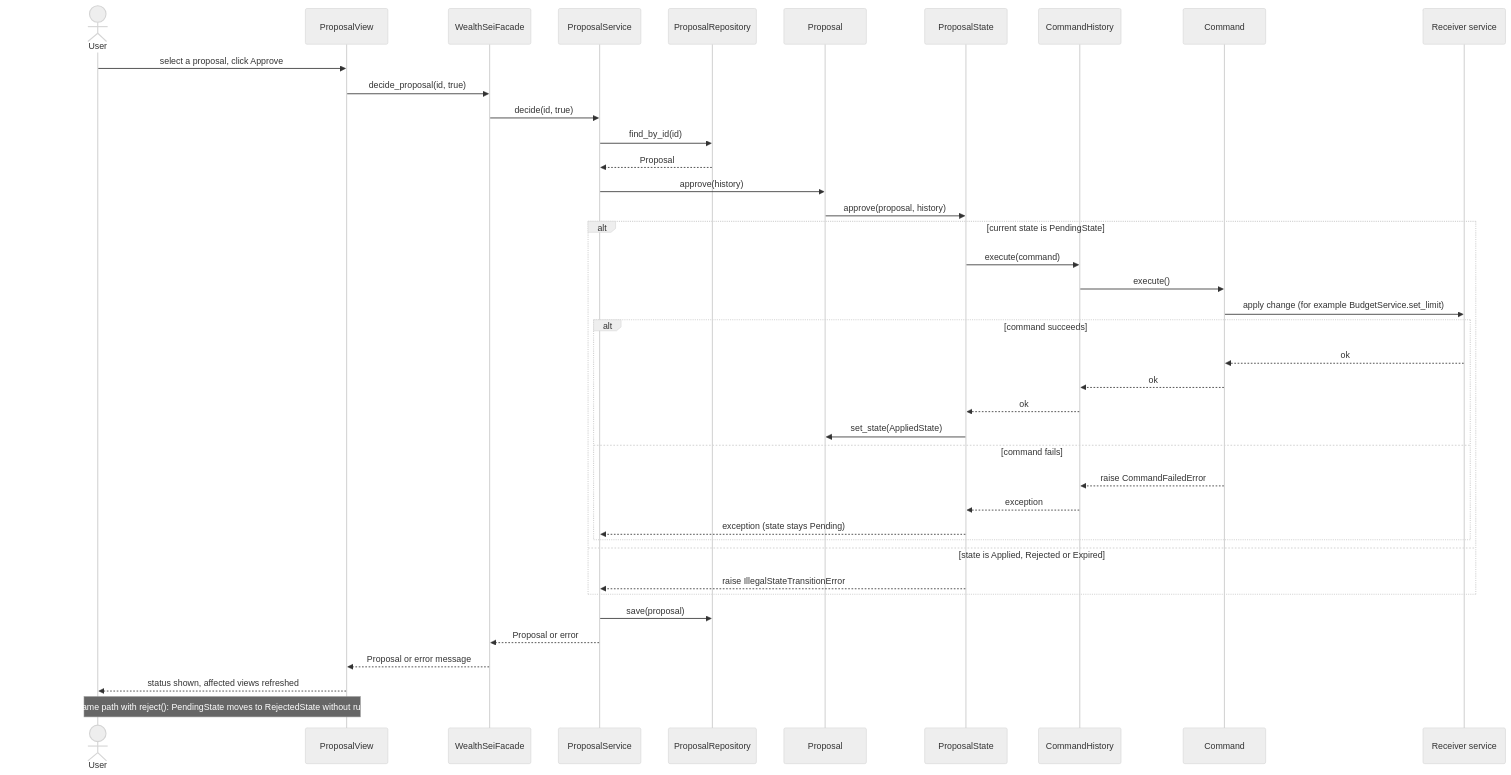
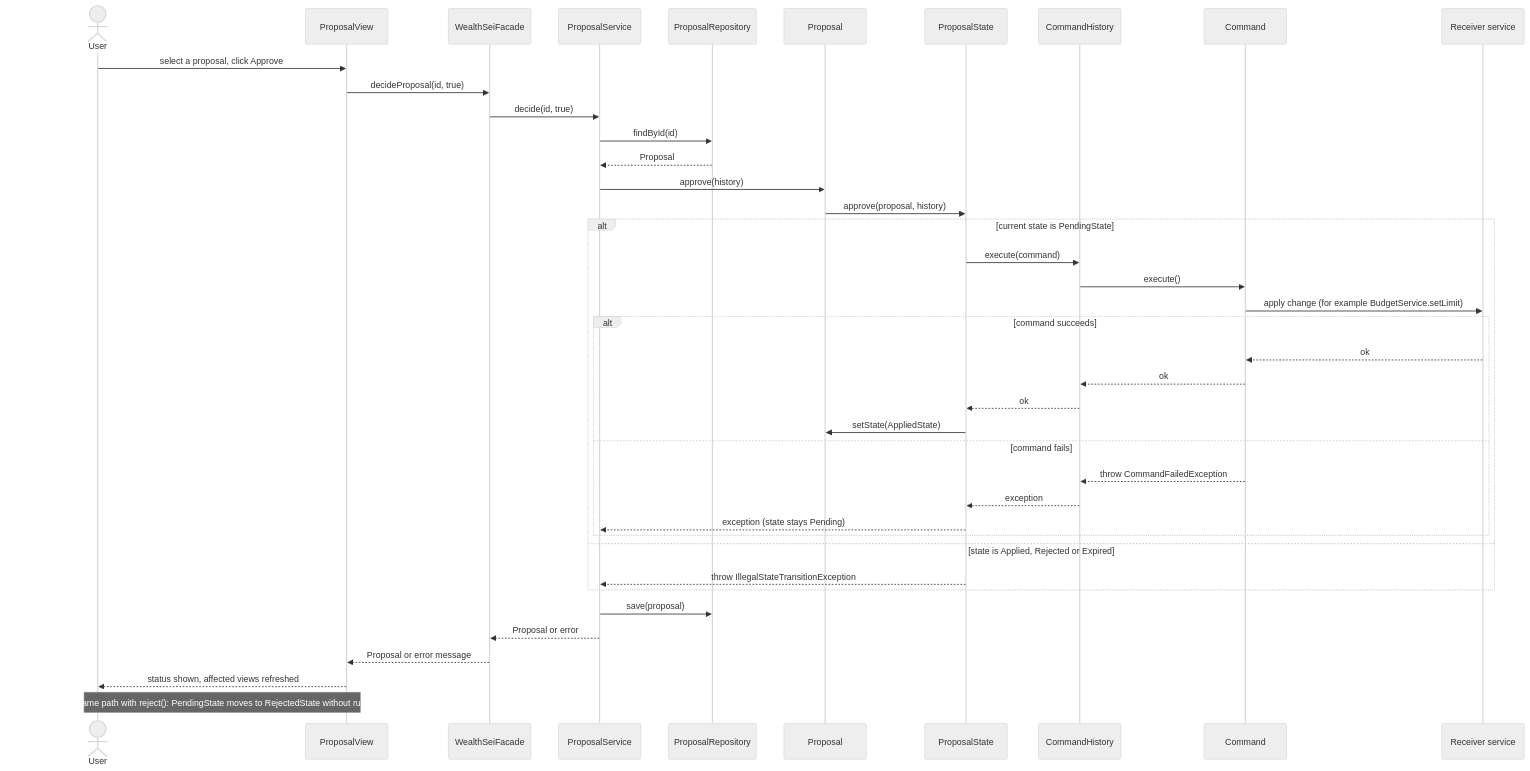
Diagram 19 of 20 in docs/WealthSei_Stage1_Report.md (Rishit-Shah/EECS-3311-Project---WealthSei), drawn with Mermaid (neutral theme) before and after one commit. The commit also changed other lines of this file, not shown here.

````diff
--- a/docs/WealthSei_Stage1_Report.md
+++ b/docs/WealthSei_Stage1_Report.md
@@ -2241,43 +2258,43 @@
 ```mermaid
 sequenceDiagram
     actor User
     participant PV as ProposalView
     participant F as WealthSeiFacade
     participant PS as ProposalService
     participant PR as ProposalRepository
     participant P as Proposal
     participant ST as ProposalState
     participant CH as CommandHistory
     participant CMD as Command
     participant RCV as Receiver service
 
     User->>PV: select a proposal, click Approve
-    PV->>F: decide_proposal(id, true)
+    PV->>F: decideProposal(id, true)
     F->>PS: decide(id, true)
-    PS->>PR: find_by_id(id)
+    PS->>PR: findById(id)
     PR-->>PS: Proposal
     PS->>P: approve(history)
     P->>ST: approve(proposal, history)
     alt current state is PendingState
         ST->>CH: execute(command)
         CH->>CMD: execute()
-        CMD->>RCV: apply change (for example BudgetService.set_limit)
+        CMD->>RCV: apply change (for example BudgetService.setLimit)
         alt command succeeds
             RCV-->>CMD: ok
             CMD-->>CH: ok
             CH-->>ST: ok
-            ST->>P: set_state(AppliedState)
+            ST->>P: setState(AppliedState)
         else command fails
-            CMD-->>CH: raise CommandFailedError
+            CMD-->>CH: throw CommandFailedException
             CH-->>ST: exception
             ST-->>PS: exception (state stays Pending)
         end
     else state is Applied, Rejected or Expired
-        ST-->>PS: raise IllegalStateTransitionError
+        ST-->>PS: throw IllegalStateTransitionException
     end
     PS->>PR: save(proposal)
     PS-->>F: Proposal or error
     F-->>PV: Proposal or error message
     PV-->>User: status shown, affected views refreshed
     Note over User,PV: Reject follows the same path with reject(): PendingState moves to RejectedState without running the command
 ```
````
